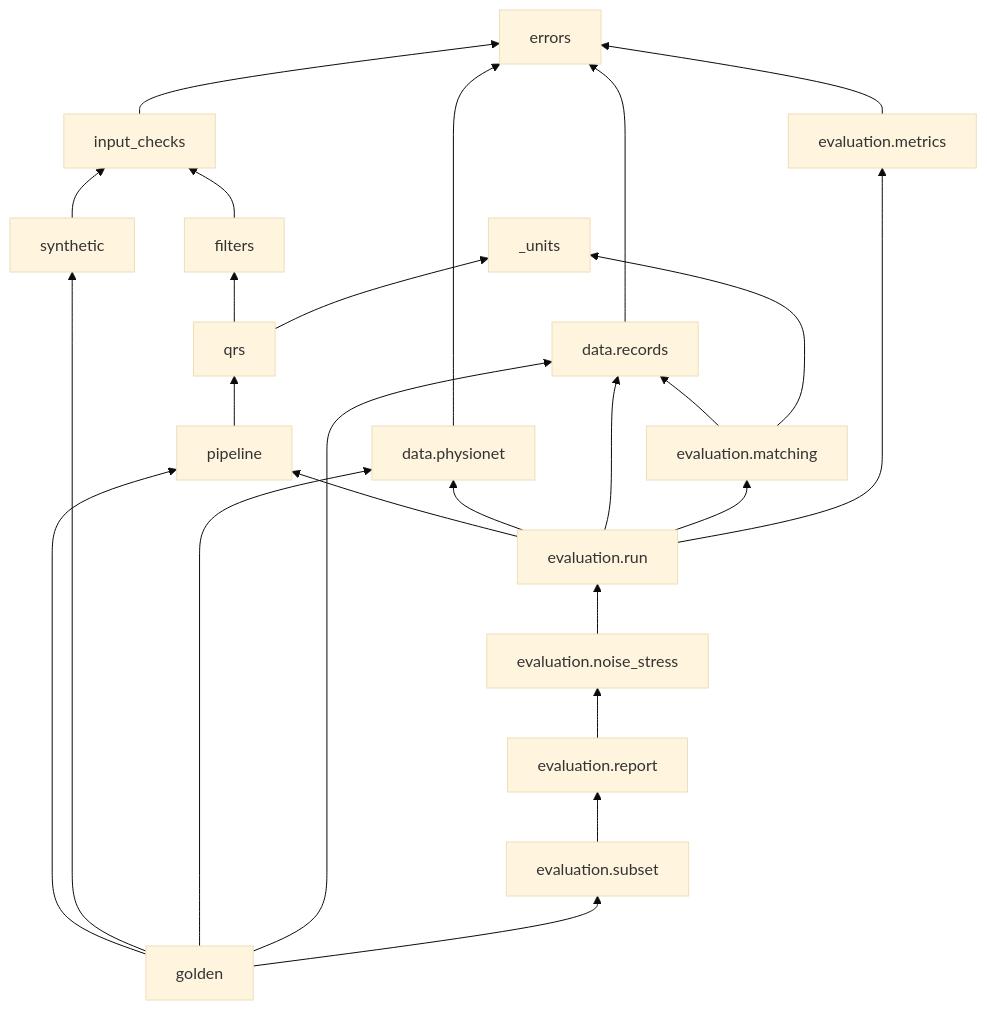
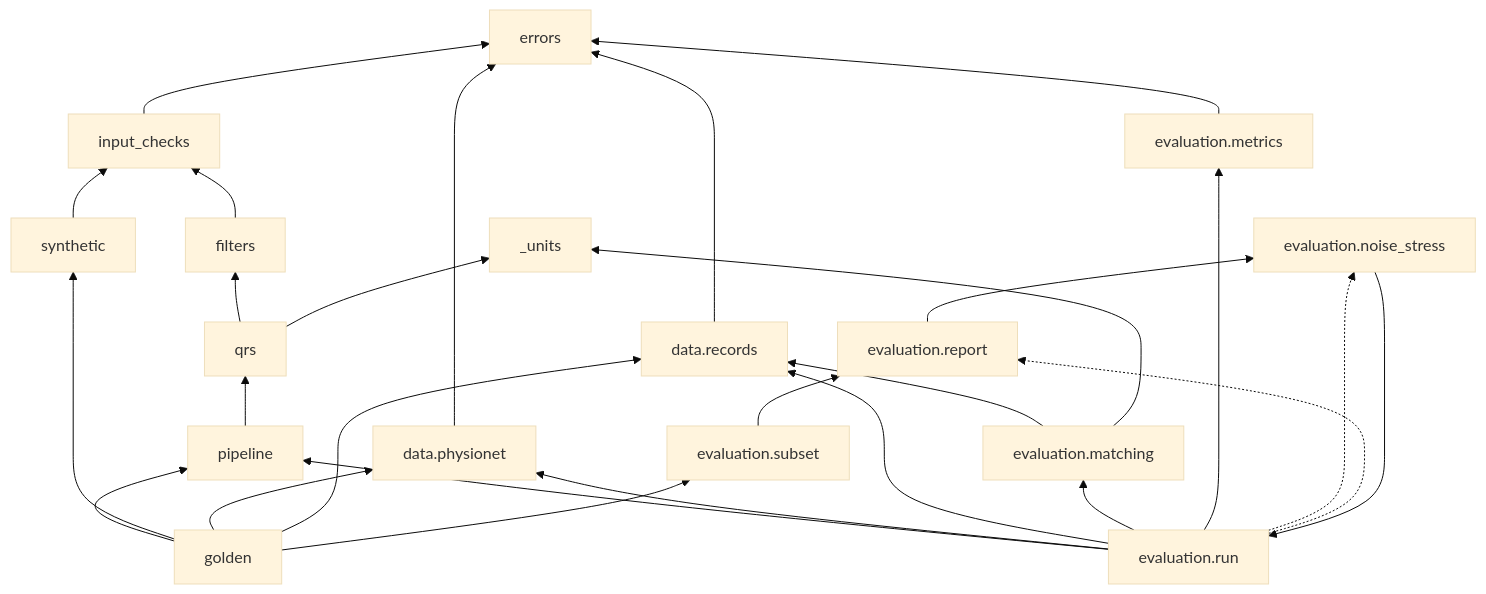
Before and after one commit to andreafatuzzo/sinus-ecg: the second of 2 diagrams in docs/regulatory/architecture.md, drawn with Mermaid (base theme). The commit also changed other lines of this file and 1 other file, not shown here.

First line of the commit message:
Architecture v0.2.4 (pending approval): design points from the implementation of group 7, OP-056 assessment

````diff
--- a/docs/regulatory/architecture.md
+++ b/docs/regulatory/architecture.md
@@ -1288,29 +1377,31 @@
 ```mermaid
 flowchart BT
   errors["errors"]
   units["_units"]
   checks["input_checks"] --> errors
   filters["filters"] --> checks
   qrs["qrs"] --> filters
   qrs --> units
   pipeline["pipeline"] --> qrs
   synthetic["synthetic"] --> checks
   physionet["data.physionet"] --> errors
   records["data.records"] --> errors
   matching["evaluation.matching"] --> records
   matching --> units
   metrics["evaluation.metrics"] --> errors
   run["evaluation.run"] --> pipeline
   run --> physionet
   run --> records
   run --> matching
   run --> metrics
   noise["evaluation.noise_stress"] --> run
   report["evaluation.report"] --> noise
+  run -.-> noise
+  run -.-> report
   subset["evaluation.subset"] --> report
   golden["golden"] --> pipeline
   golden --> synthetic
   golden --> physionet
   golden --> records
   golden --> subset
 ```
````
